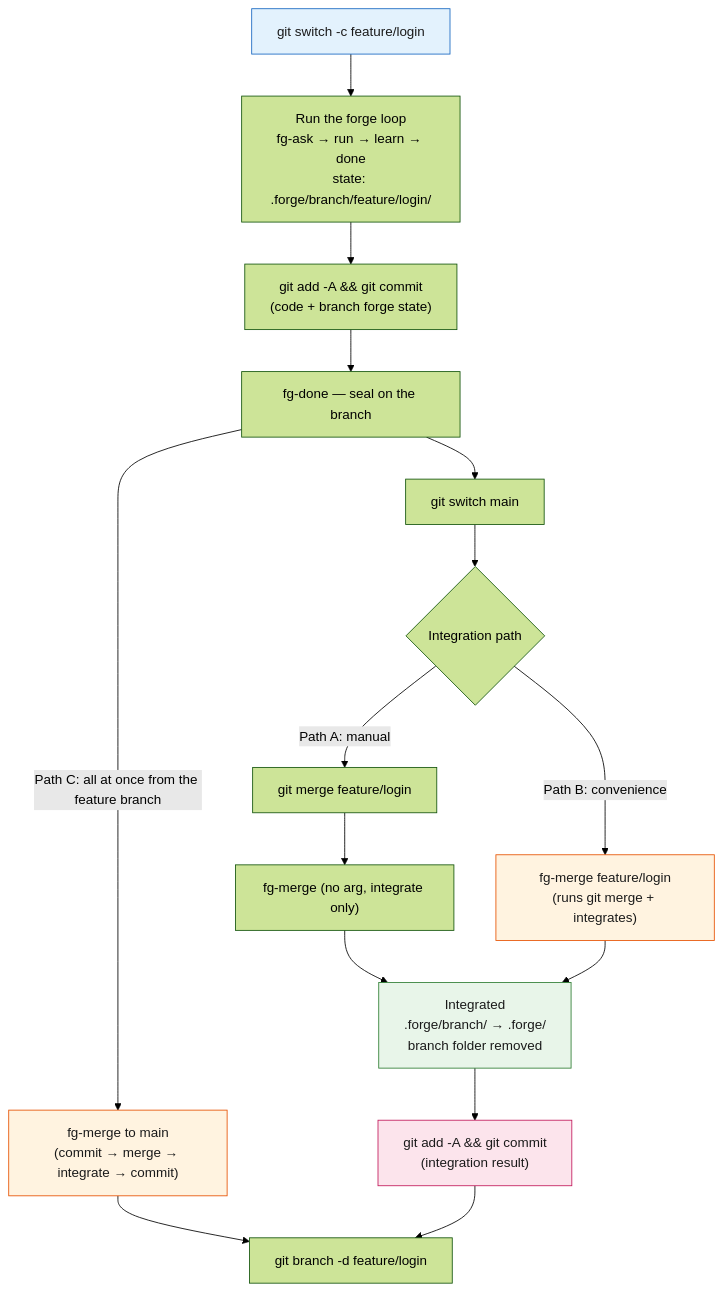
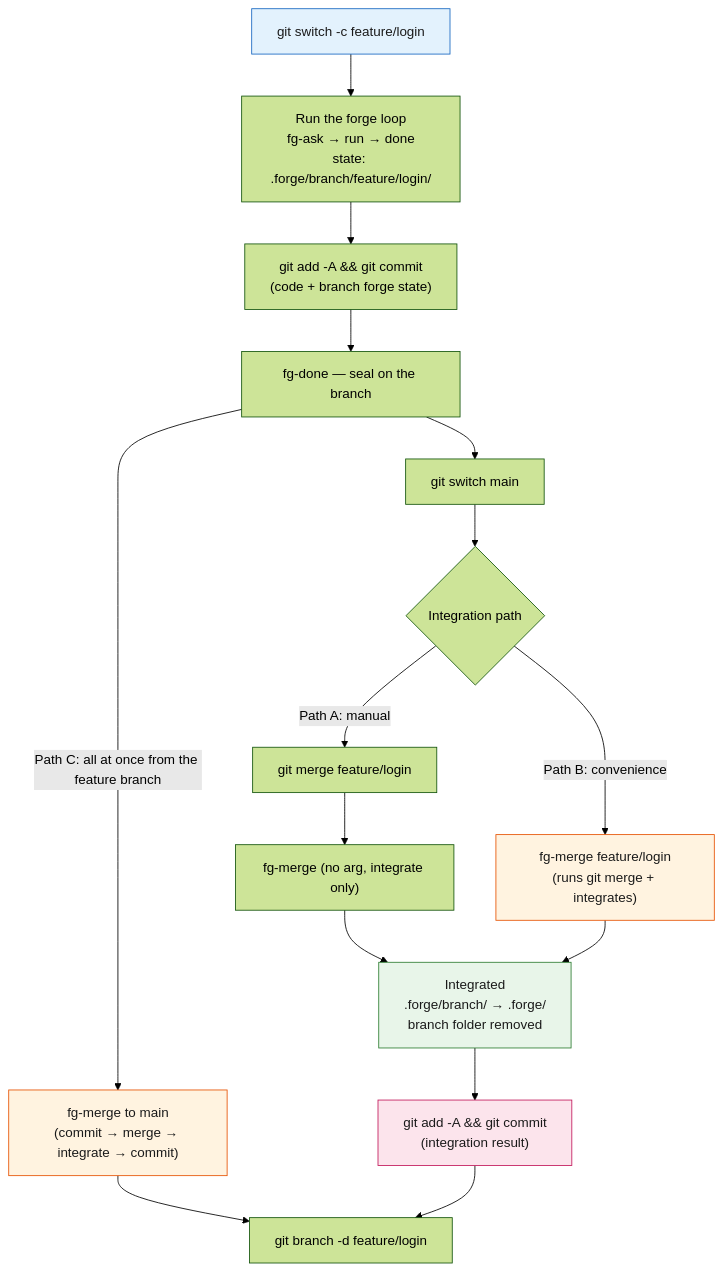
One commit to gyuha/forge changed the diagram in docs/en/git-workflow.md. Above: the diagram before and after it, drawn with Mermaid (forest theme). The commit also changed other lines of this file and 77 other files, not shown here.

````diff
--- a/docs/en/git-workflow.md
+++ b/docs/en/git-workflow.md
@@ -126,23 +126,23 @@
 ```mermaid
 flowchart TD
-    A["git switch -c feature/login"] --> B["Run the forge loop<br/>fg-ask → run → learn → done<br/>state: .forge/branch/feature/login/"]
+    A["git switch -c feature/login"] --> B["Run the forge loop<br/>fg-ask → run → done<br/>state: .forge/branch/feature/login/"]
     B --> C["git add -A && git commit<br/>(code + branch forge state)"]
     C --> D["fg-done — seal on the branch"]
     D --> E["git switch main"]
     E --> F{"Integration path"}
     F -->|"Path A: manual"| G["git merge feature/login"]
     G --> H["fg-merge (no arg, integrate only)"]
     F -->|"Path B: convenience"| I["fg-merge feature/login<br/>(runs git merge + integrates)"]
     D -->|"Path C: all at once from the feature branch"| M["fg-merge to main<br/>(commit → merge → integrate → commit)"]
     M --> L
     H --> J["Integrated<br/>.forge/branch/ → .forge/<br/>branch folder removed"]
     I --> J
     J --> K["git add -A && git commit<br/>(integration result)"]
     K --> L["git branch -d feature/login"]
 
     style A fill:#e3f2fd,stroke:#1565c0,color:#1a1a1a
     style I fill:#fff3e0,stroke:#e65100,color:#1a1a1a
     style M fill:#fff3e0,stroke:#e65100,color:#1a1a1a
     style J fill:#e8f5e9,stroke:#2e7d32,color:#1a1a1a
     style K fill:#fce4ec,stroke:#c2185b,color:#1a1a1a
 ```
````
